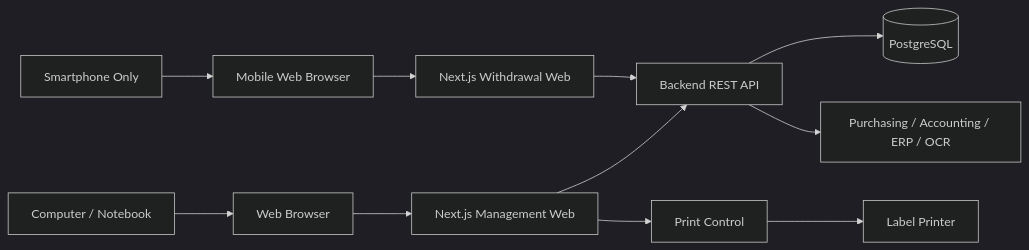
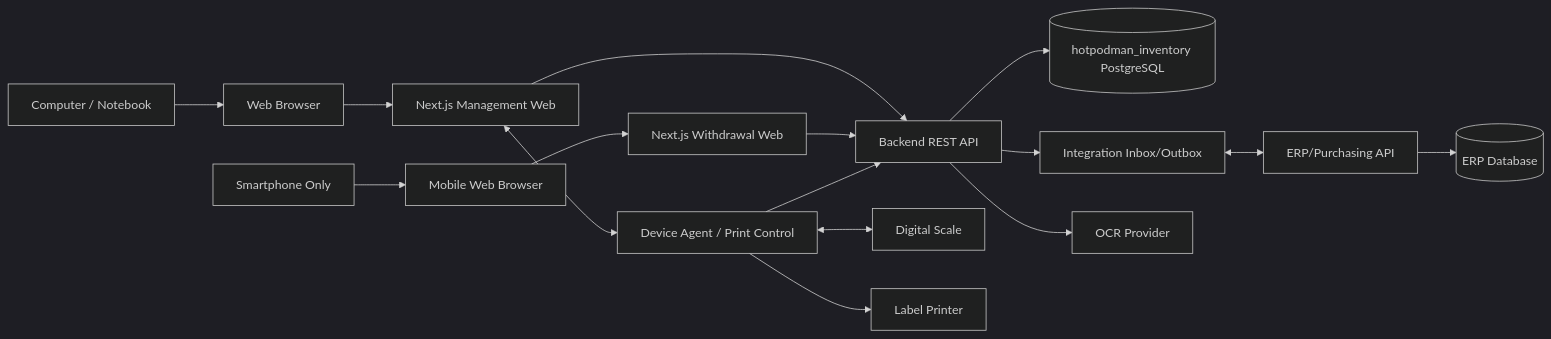
The first of 3 diagrams in HOTPODMAN/technical.md (thisadee2897/requirements), drawn with Mermaid (dark theme) before and after one commit. The commit also changed other lines of this file and 6 other files, not shown here.

````diff
--- a/HOTPODMAN/technical.md
+++ b/HOTPODMAN/technical.md
@@ -38,13 +42,18 @@
 ```mermaid
 flowchart LR
     M[Computer / Notebook] --> MB[Web Browser]
     MB --> MW[Next.js Management Web]
     W[Smartphone Only] --> WB[Mobile Web Browser]
     WB --> WW[Next.js Withdrawal Web]
     MW --> API[Backend REST API]
     WW --> API
-    API --> DB[(PostgreSQL)]
-    API --> EXT[Purchasing / Accounting / ERP / OCR]
-    MW --> PC[Print Control]
-    PC --> LP[Label Printer]
+    API --> DB[(hotpodman_inventory PostgreSQL)]
+    API --> IQ[Integration Inbox/Outbox]
+    IQ <--> ERPAPI[ERP/Purchasing API]
+    ERPAPI --> ERPDB[(ERP Database)]
+    API --> OCR[OCR Provider]
+    MW <--> DA[Device Agent / Print Control]
+    DA <--> SC[Digital Scale]
+    DA --> LP[Label Printer]
+    DA --> API
 ```
````
